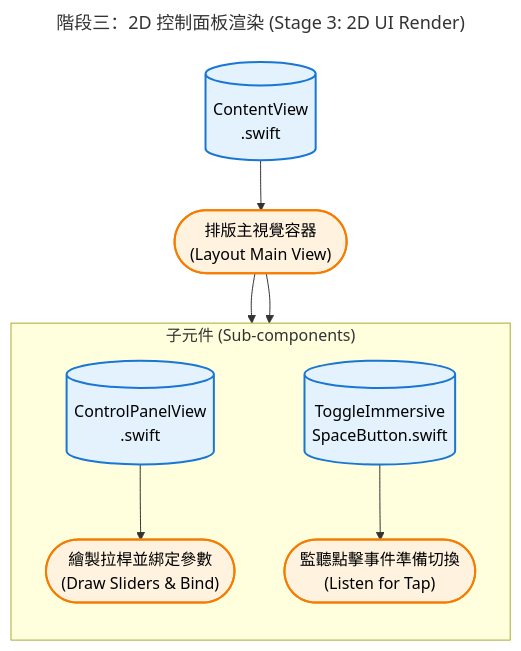
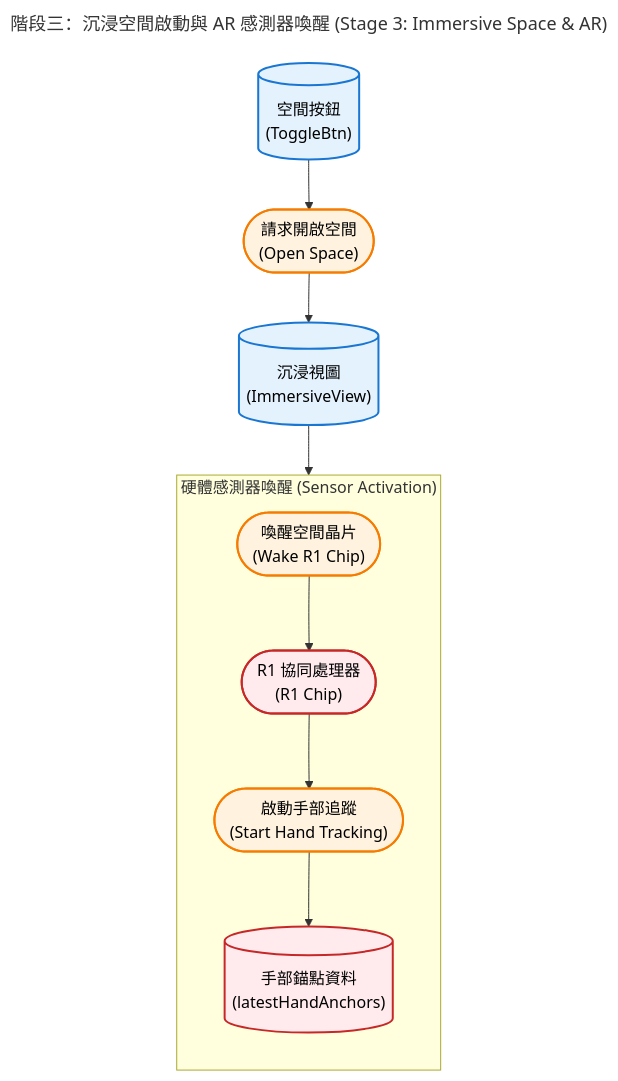
The third of 5 diagrams in README.md (lennox0909/ParticleVision), drawn with Mermaid before and after one commit. The commit also changed other lines of this file, not shown here.

````diff
--- a/README.md
+++ b/README.md
@@ -253,27 +210,26 @@
 ```mermaid
 ---
-title: "階段三：2D 控制面板渲染 (Stage 3: 2D UI Render)"
+title: "階段三：沉浸空間啟動與 AR 感測器喚醒 (Stage 3: Immersive Space & AR)"
 ---
 flowchart TD
-    classDef default fill:#f9f9f9,stroke:#333,stroke-width:2px,color:#333;
     classDef fileNode fill:#e3f2fd,stroke:#1976d2,stroke-width:2px,color:#000;
-    classDef action fill:#fff3e0,stroke:#f57c00,stroke-width:2px,color:#000;
+    classDef actionNode fill:#fff3e0,stroke:#f57c00,stroke-width:2px,color:#000;
+    classDef hardware fill:#ffebee,stroke:#c62828,stroke-width:2px,color:#000;
 
-    F_Content[("ContentView<br/>.swift")]:::fileNode
-    A1(["排版主視覺容器<br/>(Layout Main View)"]):::action
+    F_Btn[("空間按鈕<br/>(ToggleBtn)")]:::fileNode
+    A1(["請求開啟空間<br/>(Open Space)"]):::actionNode
+    F_Imm[("沉浸視圖<br/>(ImmersiveView)")]:::fileNode
 
-    subgraph "子元件 (Sub-components)"
+    subgraph "硬體感測器喚醒 (Sensor Activation)"
         direction TB
-        F_Panel[("ControlPanelView<br/>.swift")]:::fileNode
-        A2(["繪製拉桿並綁定參數<br/>(Draw Sliders & Bind)"]):::action
-        F_Panel --> A2
+        A2(["喚醒空間晶片<br/>(Wake R1 Chip)"]):::actionNode
+        HW_R1(["R1 協同處理器<br/>(R1 Chip)"]):::hardware
+        A3(["啟動手部追蹤<br/>(Start Hand Tracking)"]):::actionNode
+        D_Anchor[("手部錨點資料<br/>(latestHandAnchors)")]:::hardware
         
-        F_Btn[("ToggleImmersive<br/>SpaceButton.swift")]:::fileNode
-        A3(["監聽點擊事件準備切換<br/>(Listen for Tap)"]):::action
-        F_Btn --> A3
+        A2 --> HW_R1 --> A3 --> D_Anchor
     end
 
-    F_Content --> A1
-    A1 --> F_Panel
-    A1 --> F_Btn
+    F_Btn --> A1 --> F_Imm
+    F_Imm --> A2
 ```
````
